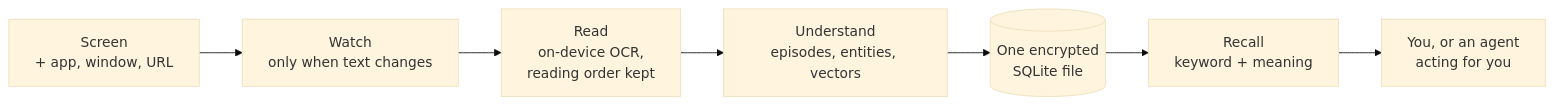
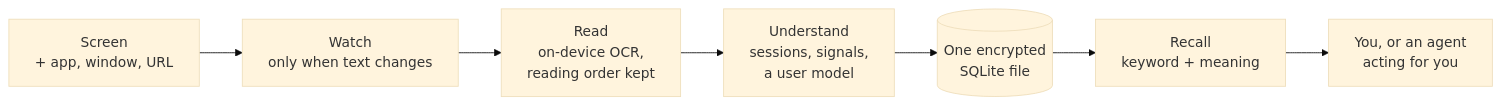
The diagram in README.md (amyjainberkeley/hippocampus), drawn with Mermaid (base theme) before and after one commit. The commit also changed other lines of this file and 6 other files, not shown here.

````diff
--- a/README.md
+++ b/README.md
@@ -58,9 +58,9 @@
 ```mermaid
 flowchart LR
     A["Screen<br/>+ app, window, URL"] --> B["Watch<br/>only when text changes"]
     B --> C["Read<br/>on-device OCR,<br/>reading order kept"]
-    C --> D["Understand<br/>episodes, entities, vectors"]
+    C --> D["Understand<br/>sessions, signals,<br/>a user model"]
     D --> E[("One encrypted<br/>SQLite file")]
     E --> F["Recall<br/>keyword + meaning"]
     F --> G["You, or an agent<br/>acting for you"]
 ```
````
